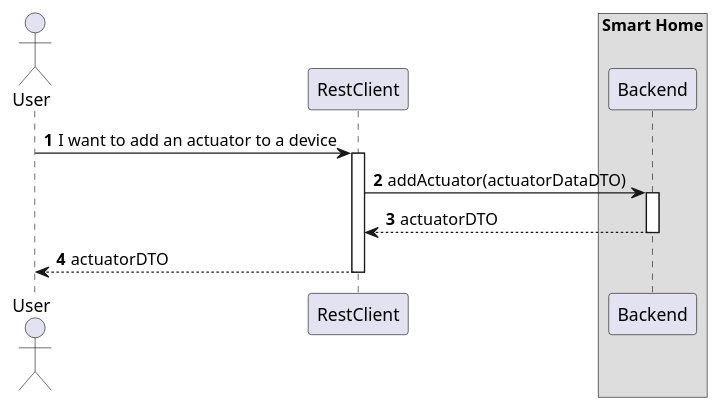
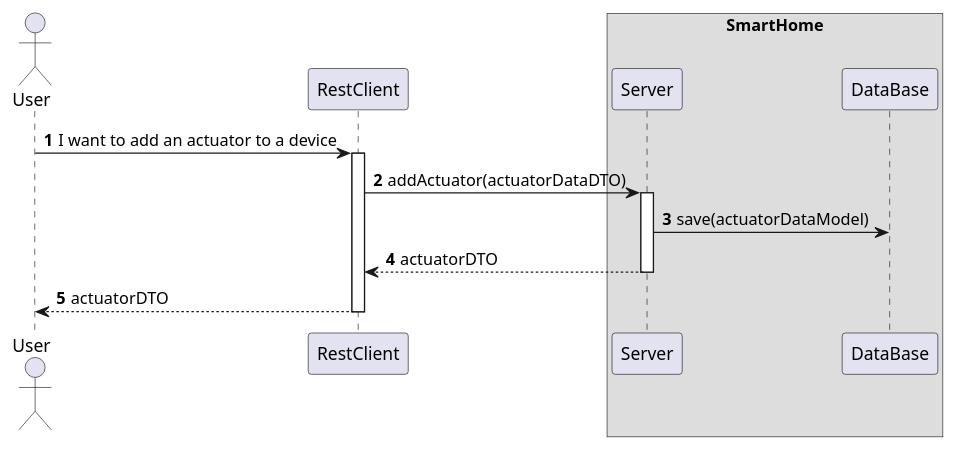
The diagram in docs/ooa/C4_4plus1_models/Level2/ProcessView/ProcessViewLevel2_UC10.puml (olivDiogo/SmartHome), drawn with PlantUML before and after one commit. The commit also changed 119 other files, not shown here.

Commit message:
docs: added Process View diagrams for UC16 (US37) - #490

```diff
--- a/docs/ooa/C4_4plus1_models/Level2/ProcessView/ProcessViewLevel2_UC10.puml
+++ b/docs/ooa/C4_4plus1_models/Level2/ProcessView/ProcessViewLevel2_UC10.puml
@@ -1,27 +1,30 @@
 @startuml
 'https://plantuml.com/sequence-diagram
-
 !pragma layout smetana
 
 autonumber
 
 actor "User" as User
 participant "RestClient" as RC
-box "Smart Home"
-    participant "Backend" as BE
+
+box "SmartHome"
+    participant "Server" as SV
+    participant "DataBase" as BD
 end box
-
 
 User -> RC : I want to add an actuator to a device
 activate RC
 
-RC -> BE : addActuator(actuatorDataDTO)
-activate BE
+RC -> SV : addActuator(actuatorDataDTO)
+activate SV
 
-BE --> RC : actuatorDTO
-deactivate BE
+SV -> BD : save(actuatorDataModel)
+
+SV --> RC : actuatorDTO
+deactivate SV
 
 RC --> User : actuatorDTO
 deactivate RC
 
+
 @enduml
```
